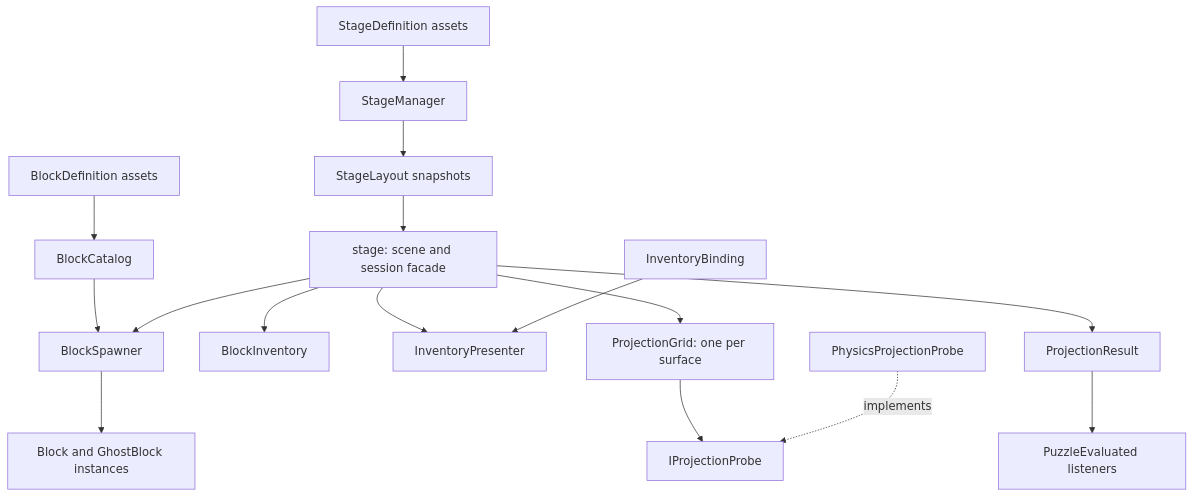
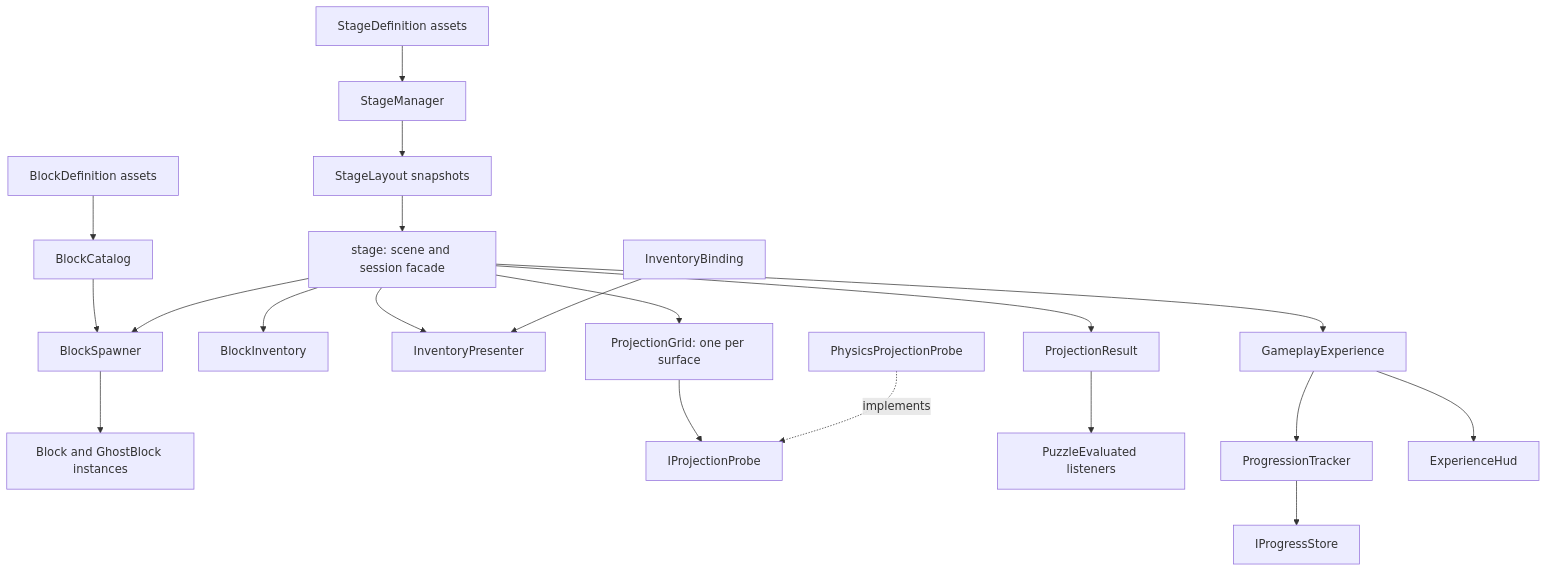
One commit to LeeMooho/stack-and-Slide changed the diagram in docs/gameplay-architecture.md. Above: the diagram before and after it, drawn with Mermaid. The commit also changed other lines of this file and 3 other files, not shown here.

````diff
--- a/docs/gameplay-architecture.md
+++ b/docs/gameplay-architecture.md
@@ -7,18 +7,22 @@
 ```mermaid
 flowchart TD
     SD[StageDefinition assets] --> SM[StageManager]
     SM --> SL[StageLayout snapshots]
     SL --> S[stage: scene and session facade]
     BD[BlockDefinition assets] --> BC[BlockCatalog]
     BC --> BS[BlockSpawner]
     S --> BI[BlockInventory]
     S --> BS
     BS --> BG[Block and GhostBlock instances]
     S --> IP[InventoryPresenter]
     IB[InventoryBinding] --> IP
     S --> PG[ProjectionGrid: one per surface]
     PG --> I[IProjectionProbe]
     PP[PhysicsProjectionProbe] -. implements .-> I
     S --> PR[ProjectionResult]
     PR --> E[PuzzleEvaluated listeners]
+    S --> GC[GameplayExperience]
+    GC --> PT[ProgressionTracker]
+    PT --> PS[IProgressStore]
+    GC --> HUD[ExperienceHud]
 ```
````
